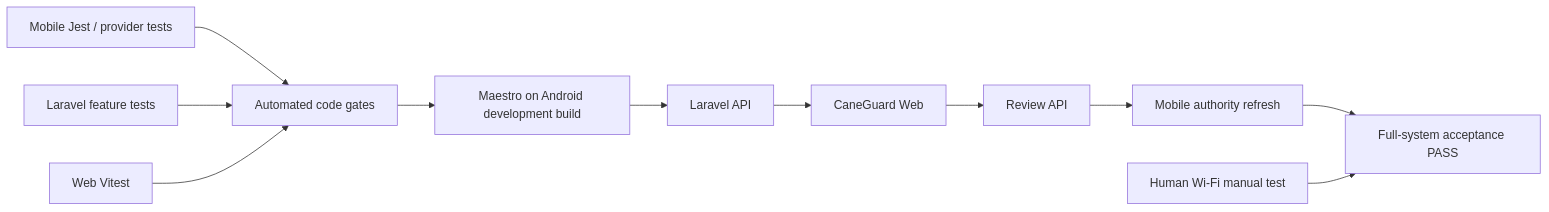
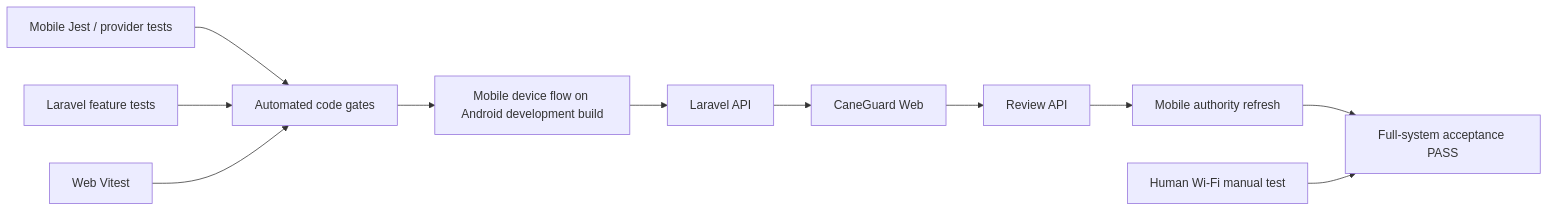
Before and after one commit to niks0501/caneguard-web: the diagram in docs/CaneGuard_P0A-P0F_Stabilization_Plans/P0F-CROSS-SYSTEM-ACCEPTANCE-GATE.md, drawn with Mermaid. The commit also changed other lines of this file and 23 other files, not shown here.

````diff
--- a/docs/CaneGuard_P0A-P0F_Stabilization_Plans/P0F-CROSS-SYSTEM-ACCEPTANCE-GATE.md
+++ b/docs/CaneGuard_P0A-P0F_Stabilization_Plans/P0F-CROSS-SYSTEM-ACCEPTANCE-GATE.md
@@ -45,13 +49,13 @@
 ```mermaid
 flowchart LR
     J[Mobile Jest / provider tests] --> G[Automated code gates]
     L[Laravel feature tests] --> G
     V[Web Vitest] --> G
-    G --> M[Maestro on Android development build]
+    G --> M[Mobile device flow on Android development build]
     M --> A[Laravel API]
     A --> W[CaneGuard Web]
     W --> A2[Review API]
     A2 --> M2[Mobile authority refresh]
     M2 --> R[Full-system acceptance PASS]
     H[Human Wi-Fi manual test] --> R
 ```
````
